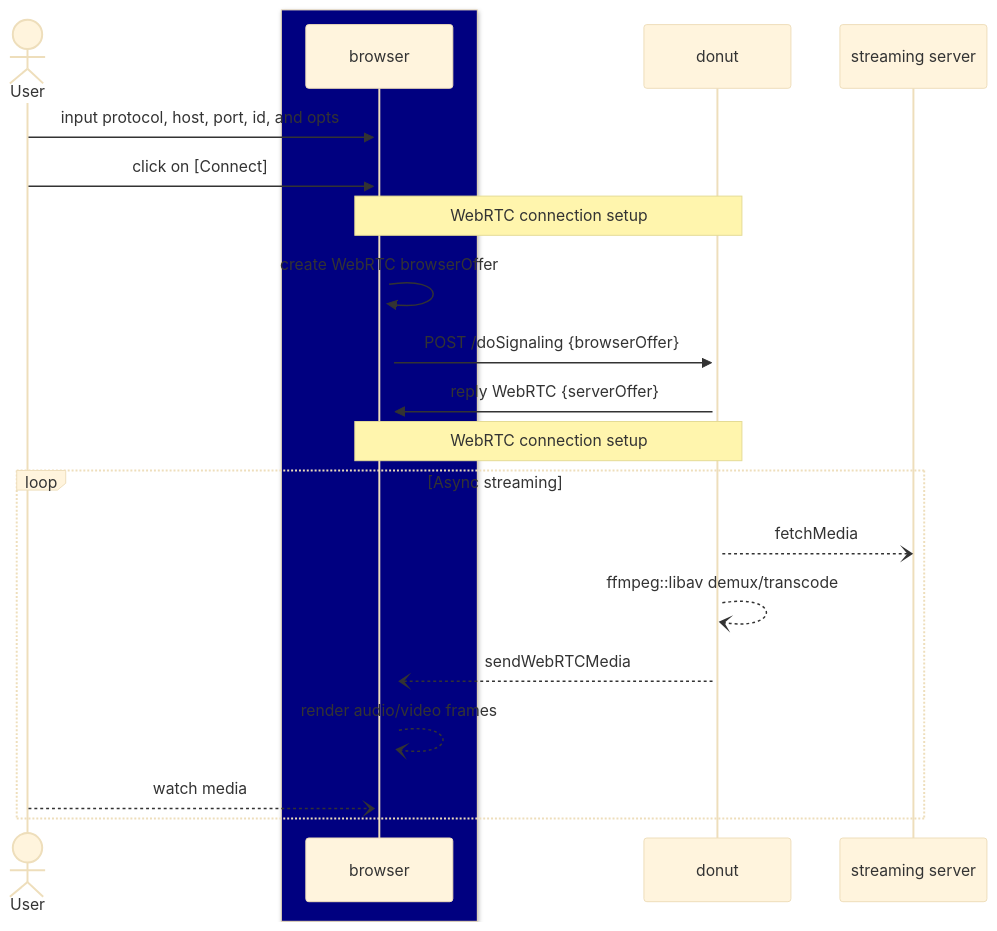
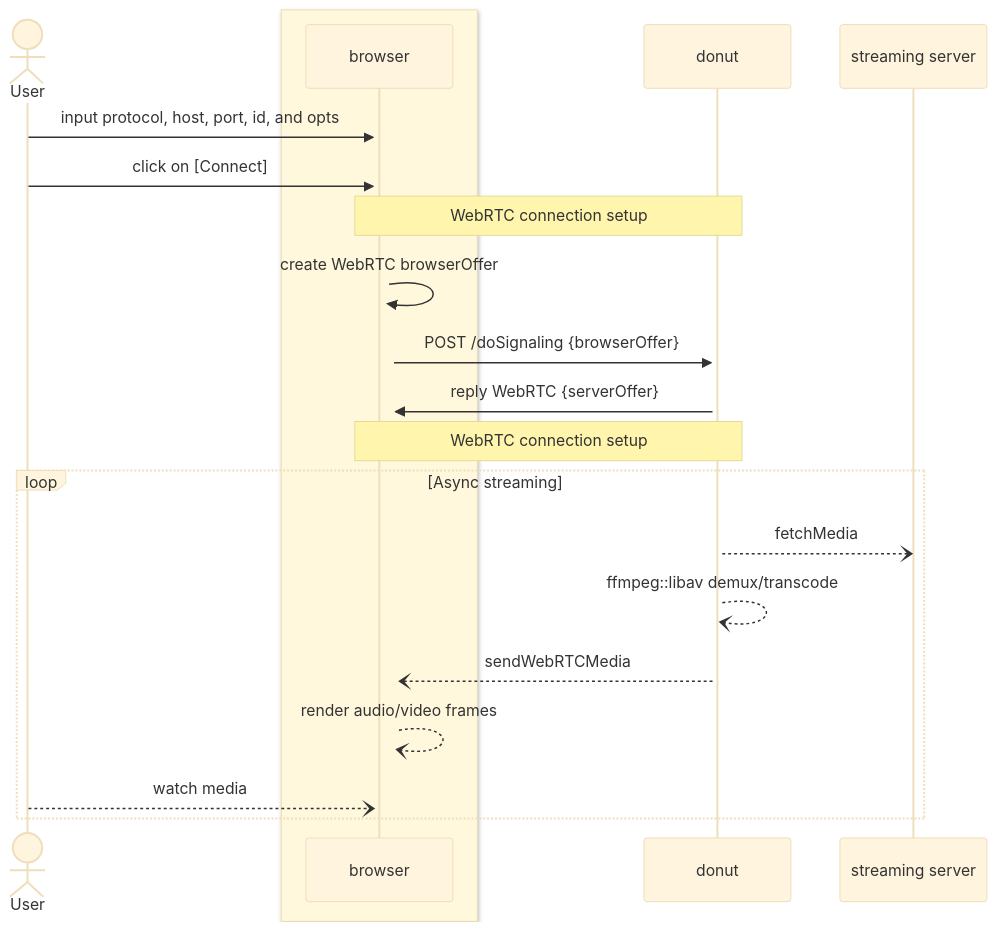
One commit to flavioribeiro/donut changed the diagram in README.md. Above: the diagram before and after it, drawn with Mermaid (base theme).

````diff
--- a/README.md
+++ b/README.md
@@ -8,28 +8,28 @@
 ```mermaid
 sequenceDiagram
     actor User
 
-    box Navy
+    box Cornsilk
         participant browser
     end
 
     User->>+browser: input protocol, host, port, id, and opts
     User->>+browser: click on [Connect]
     
     Note over donut,browser: WebRTC connection setup
     
     browser->>+browser: create WebRTC browserOffer
     browser->>+donut: POST /doSignaling {browserOffer}
 
     donut->>+browser: reply WebRTC {serverOffer}
 
     Note over donut,browser: WebRTC connection setup
 
     loop Async streaming
         donut--)streaming server: fetchMedia
         donut--)donut: ffmpeg::libav demux/transcode
         donut--)browser: sendWebRTCMedia
         browser--)browser: render audio/video frames
         User--)browser: watch media
     end
 ```
````
